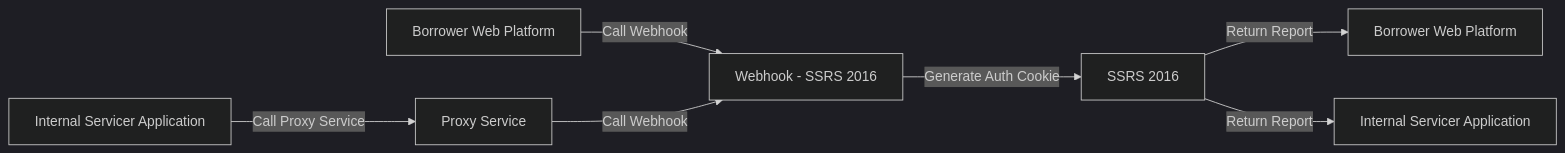
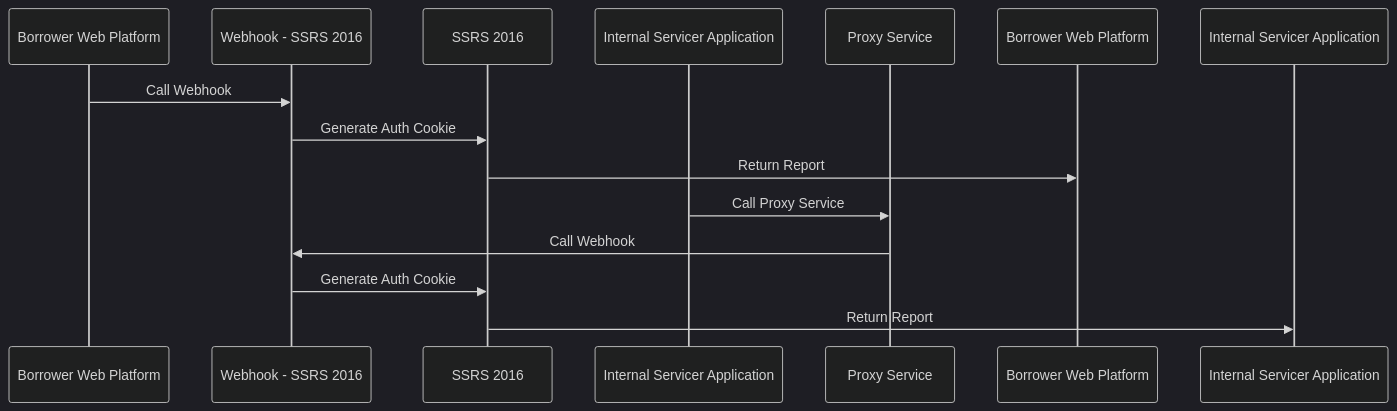
One commit to roxberry/roxberry.dev changed the fourth of 4 diagrams in src/posts/2024-08-15-mfa-enablement-finsvc/index.md. Above: the diagram before and after it, drawn with Mermaid. The commit also changed other lines of this file, not shown here.

Commit message:
content: added a sequence diagram for the web hook implementation

````diff
--- a/src/posts/2024-08-15-mfa-enablement-finsvc/index.md
+++ b/src/posts/2024-08-15-mfa-enablement-finsvc/index.md
@@ -106,12 +108,19 @@
 ```mermaid
-%%{init: {"theme": "dark", "flowchart" : { "curve" : "basis" } } }%%
-graph LR
-    A[Borrower Web Platform] -->|Call Webhook| B[Webhook - SSRS 2016]
-    B -->|Generate Auth Cookie| C[SSRS 2016]
-    
-    D[Internal Servicer Application] -->|Call Proxy Service| E[Proxy Service]
-    E -->|Call Webhook| B
-    
-    C -->|Return Report| F[Borrower Web Platform]
-    C -->|Return Report| G[Internal Servicer Application]
+%%{init: {"theme": "dark", "sequenceDiagram": { "actorMargin": 10, "actorFontSize": 14, "actorFontFamily": "Arial", "noteFontSize": 12, "noteFontFamily": "Arial", "messageFontSize": 14, "messageFontFamily": "Arial", "messageAlign": "center" } } }%%
+sequenceDiagram
+    participant A as Borrower Web Platform
+    participant B as Webhook - SSRS 2016
+    participant C as SSRS 2016
+    participant D as Internal Servicer Application
+    participant E as Proxy Service
+    participant F as Borrower Web Platform
+    participant G as Internal Servicer Application
+
+    A->>B: Call Webhook
+    B->>C: Generate Auth Cookie
+    C->>F: Return Report
+    D->>E: Call Proxy Service
+    E->>B: Call Webhook
+    B->>C: Generate Auth Cookie
+    C->>G: Return Report
 ```
````
